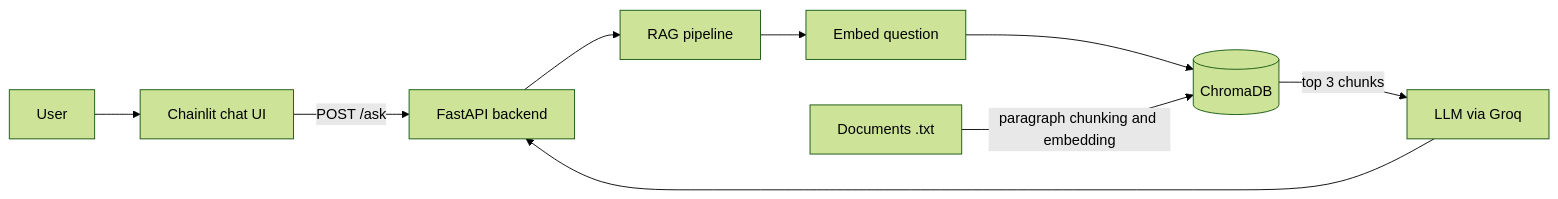
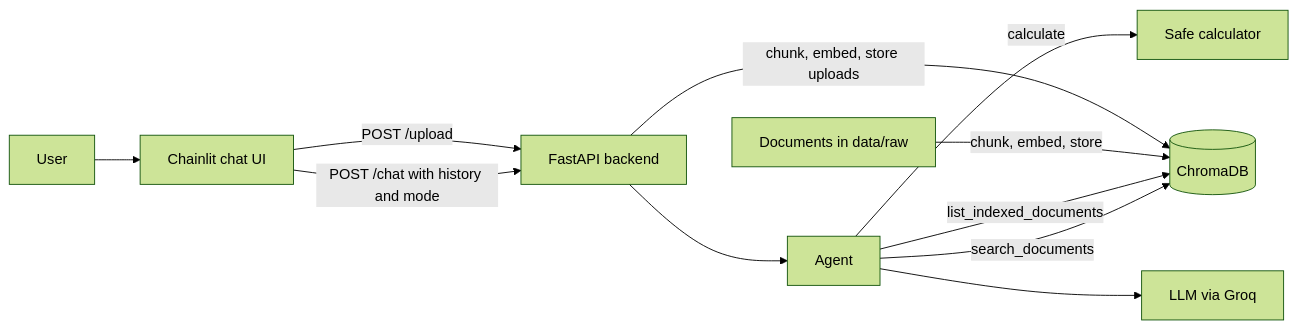
Before and after one commit to Thamindu16/DocuMind-Project: the diagram in README.md, drawn with Mermaid (forest theme). The commit also changed other lines of this file, not shown here.

````diff
--- a/README.md
+++ b/README.md
@@ -9,11 +11,13 @@
 ```mermaid
 flowchart LR
     U[User] --> UI[Chainlit chat UI]
-    UI -->|POST /ask| API[FastAPI backend]
-    API --> R[RAG pipeline]
-    R --> E[Embed question]
-    E --> V[(ChromaDB)]
-    V -->|top 3 chunks| L[LLM via Groq]
-    L --> API
-    D[Documents .txt] -->|paragraph chunking and embedding| V
+    UI -->|POST /chat with history and mode| API[FastAPI backend]
+    UI -->|POST /upload| API
+    API --> A[Agent]
+    A -->|search_documents| V[(ChromaDB)]
+    A -->|calculate| C[Safe calculator]
+    A -->|list_indexed_documents| V
+    A --> L[LLM via Groq]
+    D[Documents in data/raw] -->|chunk, embed, store| V
+    API -->|chunk, embed, store uploads| V
 ```
````
